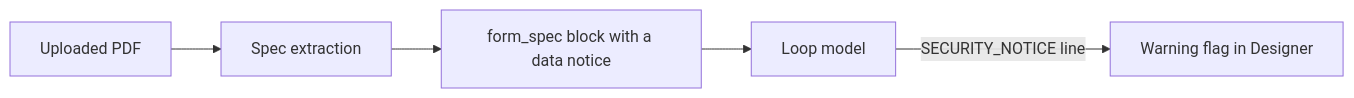
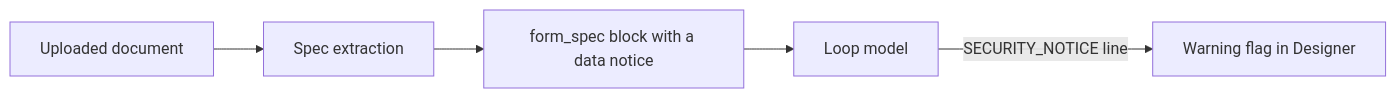
The diagram in src/AI/assistant/docs/modules/security.md (Altinn/altinn-studio), drawn with Mermaid before and after one commit. The commit also changed 4 other files, not shown here.

````diff
--- a/src/AI/assistant/docs/modules/security.md
+++ b/src/AI/assistant/docs/modules/security.md
@@ -21,7 +21,7 @@
 ```mermaid
 flowchart LR
-  U["Uploaded PDF"] --> X["Spec extraction"]
+  U["Uploaded document"] --> X["Spec extraction"]
   X --> F["form_spec block with a data notice"]
   F --> M["Loop model"]
   M -->|SECURITY_NOTICE line| A["Warning flag in Designer"]
 ```
````
